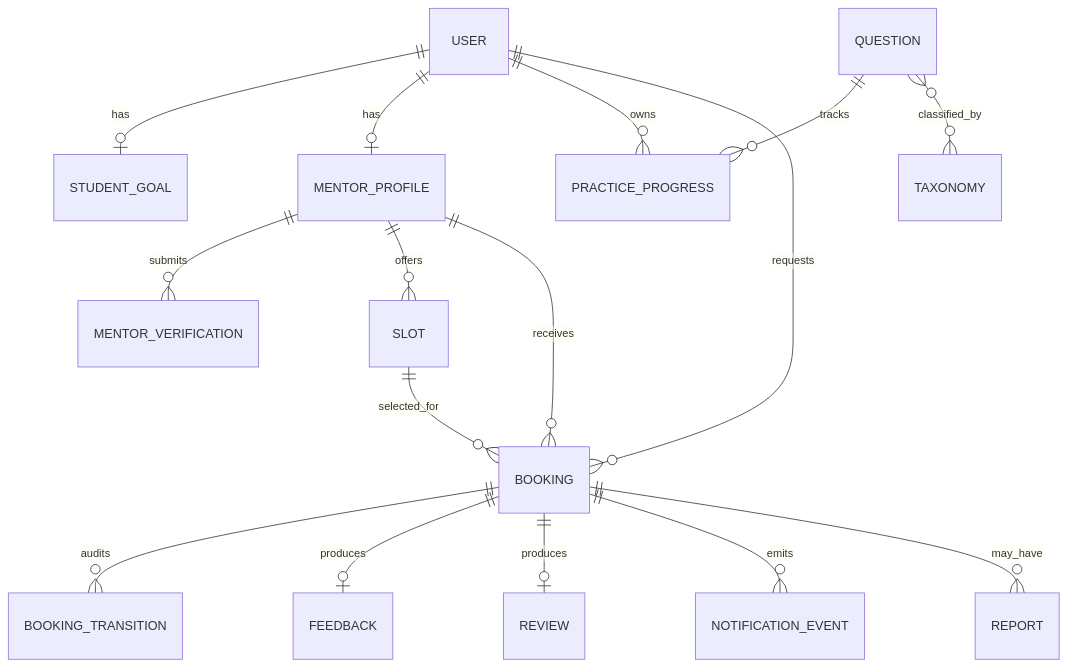
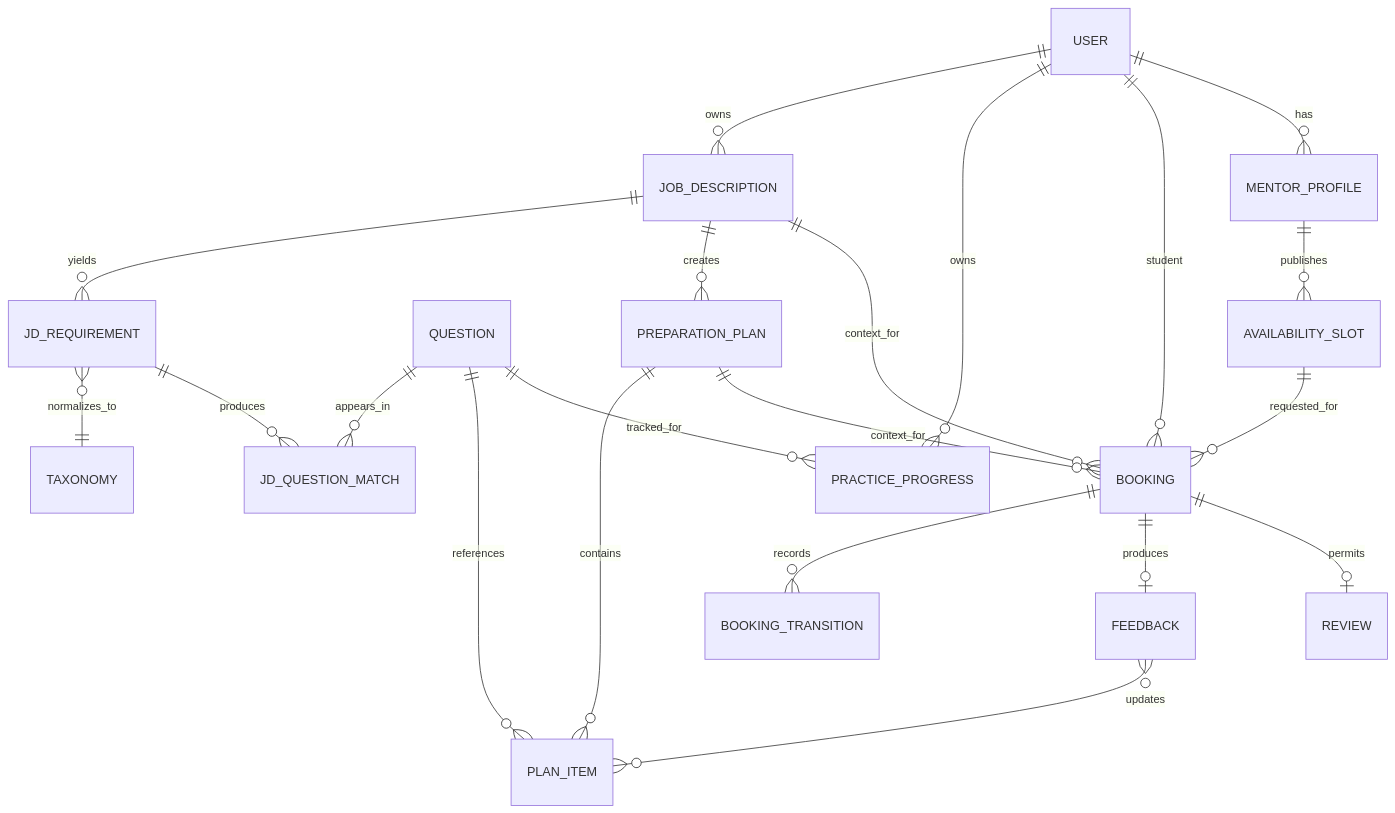
Before and after one commit to tnnhuaa/InterviewQuestionBank: the second of 2 diagrams in docs/Project_Vision_and_Scope/Future_State_Workflow.md, drawn with Mermaid. The commit also changed other lines of this file and 8 other files, not shown here.

````diff
--- a/docs/Project_Vision_and_Scope/Future_State_Workflow.md
+++ b/docs/Project_Vision_and_Scope/Future_State_Workflow.md
@@ -182,18 +175,23 @@
 ```mermaid
 erDiagram
-    USER ||--o| STUDENT_GOAL : has
-    USER ||--o| MENTOR_PROFILE : has
-    MENTOR_PROFILE ||--o{ MENTOR_VERIFICATION : submits
-    MENTOR_PROFILE ||--o{ SLOT : offers
+    USER ||--o{ JOB_DESCRIPTION : owns
+    JOB_DESCRIPTION ||--o{ JD_REQUIREMENT : yields
+    JD_REQUIREMENT }o--|| TAXONOMY : normalizes_to
+    JD_REQUIREMENT ||--o{ JD_QUESTION_MATCH : produces
+    QUESTION ||--o{ JD_QUESTION_MATCH : appears_in
+    JOB_DESCRIPTION ||--o{ PREPARATION_PLAN : creates
+    PREPARATION_PLAN ||--o{ PLAN_ITEM : contains
+    QUESTION ||--o{ PLAN_ITEM : references
     USER ||--o{ PRACTICE_PROGRESS : owns
-    QUESTION ||--o{ PRACTICE_PROGRESS : tracks
-    QUESTION }o--o{ TAXONOMY : classified_by
-    USER ||--o{ BOOKING : requests
-    MENTOR_PROFILE ||--o{ BOOKING : receives
-    SLOT ||--o{ BOOKING : selected_for
-    BOOKING ||--o{ BOOKING_TRANSITION : audits
+    QUESTION ||--o{ PRACTICE_PROGRESS : tracked_for
+    USER ||--o{ BOOKING : student
+    USER ||--o{ MENTOR_PROFILE : has
+    MENTOR_PROFILE ||--o{ AVAILABILITY_SLOT : publishes
+    AVAILABILITY_SLOT ||--o{ BOOKING : requested_for
+    JOB_DESCRIPTION ||--o{ BOOKING : context_for
+    PREPARATION_PLAN ||--o{ BOOKING : context_for
+    BOOKING ||--o{ BOOKING_TRANSITION : records
     BOOKING ||--o| FEEDBACK : produces
-    BOOKING ||--o| REVIEW : produces
-    BOOKING ||--o{ NOTIFICATION_EVENT : emits
-    BOOKING ||--o{ REPORT : may_have
+    BOOKING ||--o| REVIEW : permits
+    FEEDBACK }o--o{ PLAN_ITEM : updates
 ```
````
